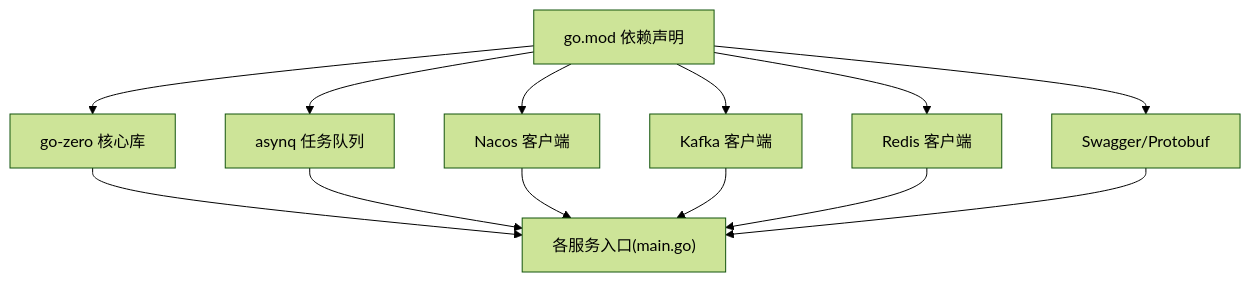
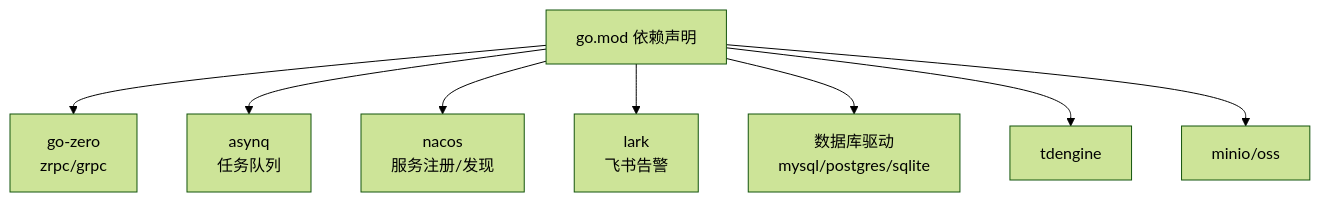
One commit to maomao94/zero-service changed the fourth of 4 diagrams in .qoder/repowiki/zh/content/开发指南/服务开发流程.md. Above: the diagram before and after it, drawn with Mermaid (forest theme). The commit also changed other lines of this file and 362 other files, not shown here.

````diff
--- a/.qoder/repowiki/zh/content/开发指南/服务开发流程.md
+++ b/.qoder/repowiki/zh/content/开发指南/服务开发流程.md
@@ -234,15 +348,18 @@
 ```mermaid
 graph TB
-GM["go.mod 依赖声明"] --> ZC["go-zero 核心库"]
-GM --> AS["asynq 任务队列"]
-GM --> NC["Nacos 客户端"]
-GM --> KF["Kafka 客户端"]
-GM --> RD["Redis 客户端"]
-GM --> SW["Swagger/Protobuf"]
-ZC --> SVC["各服务入口(main.go)"]
-AS --> SVC
-NC --> SVC
-KF --> SVC
-RD --> SVC
-SW --> SVC
+M["go.mod 依赖声明"]
+G["go-zero<br/>zrpc/grpc"]
+A["asynq<br/>任务队列"]
+N["nacos<br/>服务注册/发现"]
+L["lark<br/>飞书告警"]
+D["数据库驱动<br/>mysql/postgres/sqlite"]
+T["tdengine"]
+O["minio/oss"]
+M --> G
+M --> A
+M --> N
+M --> L
+M --> D
+M --> T
+M --> O
 ```
````
